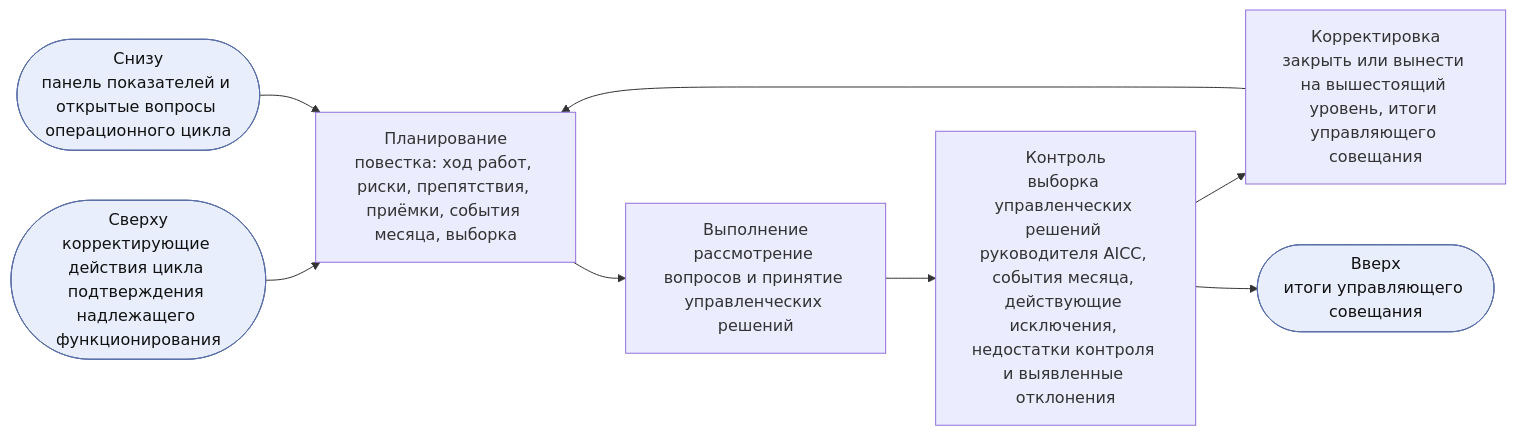
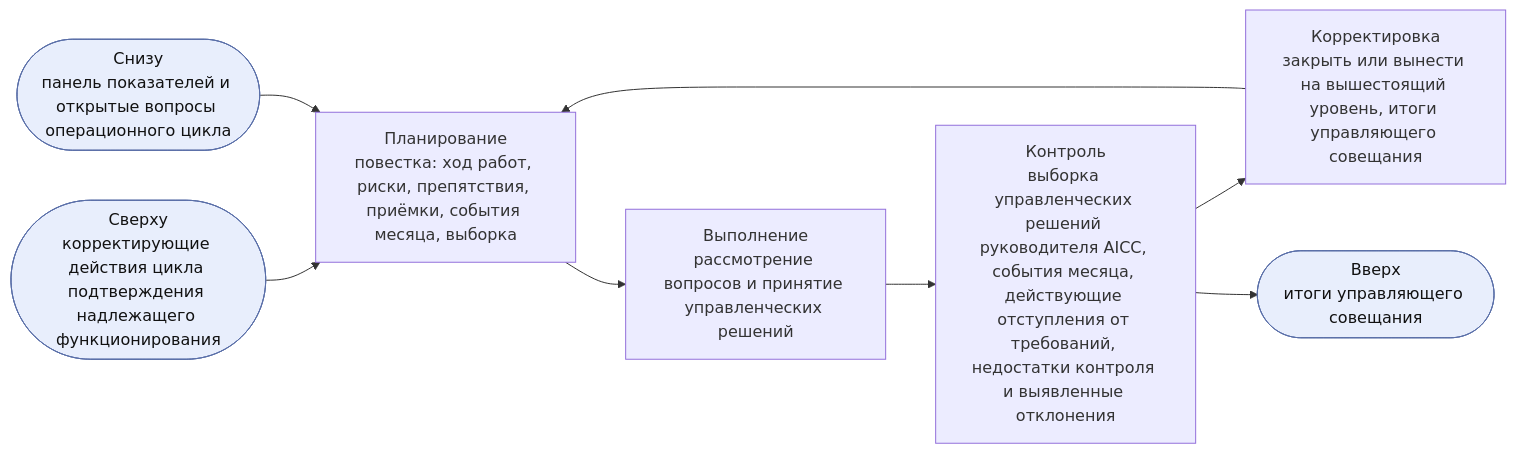
One commit to devhogu/ob-aicc changed the fourth of 8 diagrams in charter/ru/documents/operating-model.md. Above: the diagram before and after it, drawn with Mermaid. The commit also changed other lines of this file and 112 other files, not shown here.

````diff
--- a/charter/ru/documents/operating-model.md
+++ b/charter/ru/documents/operating-model.md
@@ -207,8 +207,8 @@
 ```mermaid
 flowchart LR
   IN(["Сверху<br/>корректирующие действия цикла подтверждения надлежащего функционирования"]):::iface --> P
-  P["Планирование<br/>повестка: ход работ, риски, препятствия, приёмки, события месяца, выборка"] --> D["Выполнение<br/>рассмотрение вопросов и принятие управленческих решений"] --> C["Контроль<br/>выборка управленческих решений руководителя AICC, события месяца, действующие исключения, недостатки контроля и выявленные отклонения"] --> A["Корректировка<br/>закрыть или вынести на вышестоящий уровень, итоги управляющего совещания"] --> P
+  P["Планирование<br/>повестка: ход работ, риски, препятствия, приёмки, события месяца, выборка"] --> D["Выполнение<br/>рассмотрение вопросов и принятие управленческих решений"] --> C["Контроль<br/>выборка управленческих решений руководителя AICC, события месяца, действующие отступления от требований, недостатки контроля и выявленные отклонения"] --> A["Корректировка<br/>закрыть или вынести на вышестоящий уровень, итоги управляющего совещания"] --> P
   EV(["Снизу<br/>панель показателей и открытые вопросы операционного цикла"]):::iface --> P
   C --> UP(["Вверх<br/>итоги управляющего совещания"]):::iface
   classDef iface fill:#e8eefc,stroke:#5a6fa8,color:#111
 ```
````
